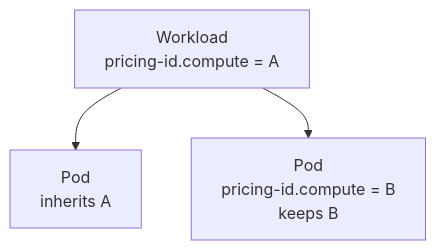
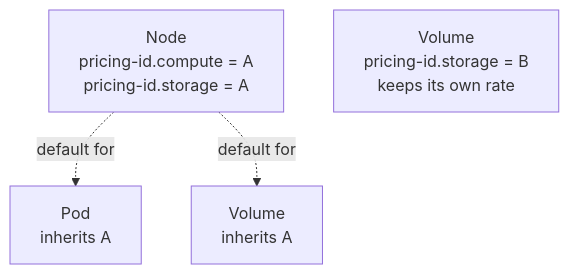
The second of 3 diagrams in costgraph/operator/on-prem-pricing.mdx (baselinehq/mintlify-docs), drawn with Mermaid before and after one commit. The commit also changed other lines of this file, not shown here.

First line of the commit message:
docs: show the node as the default rate for what sits on it

````diff
--- a/costgraph/operator/on-prem-pricing.mdx
+++ b/costgraph/operator/on-prem-pricing.mdx
@@ -115,5 +115,7 @@
 ```mermaid
 flowchart TD
-  D["Workload<br/>pricing-id.compute = A"] --> P1["Pod<br/>inherits A"]
-  D --> P2["Pod<br/>pricing-id.compute = B<br/>keeps B"]
+  N["Node<br/>pricing-id.compute = A<br/>pricing-id.storage = A"]
+  N -.->|default for| POD["Pod<br/>inherits A"]
+  N -.->|default for| PV["Volume<br/>inherits A"]
+  PV2["Volume<br/>pricing-id.storage = B<br/>keeps its own rate"]
 ```
````
